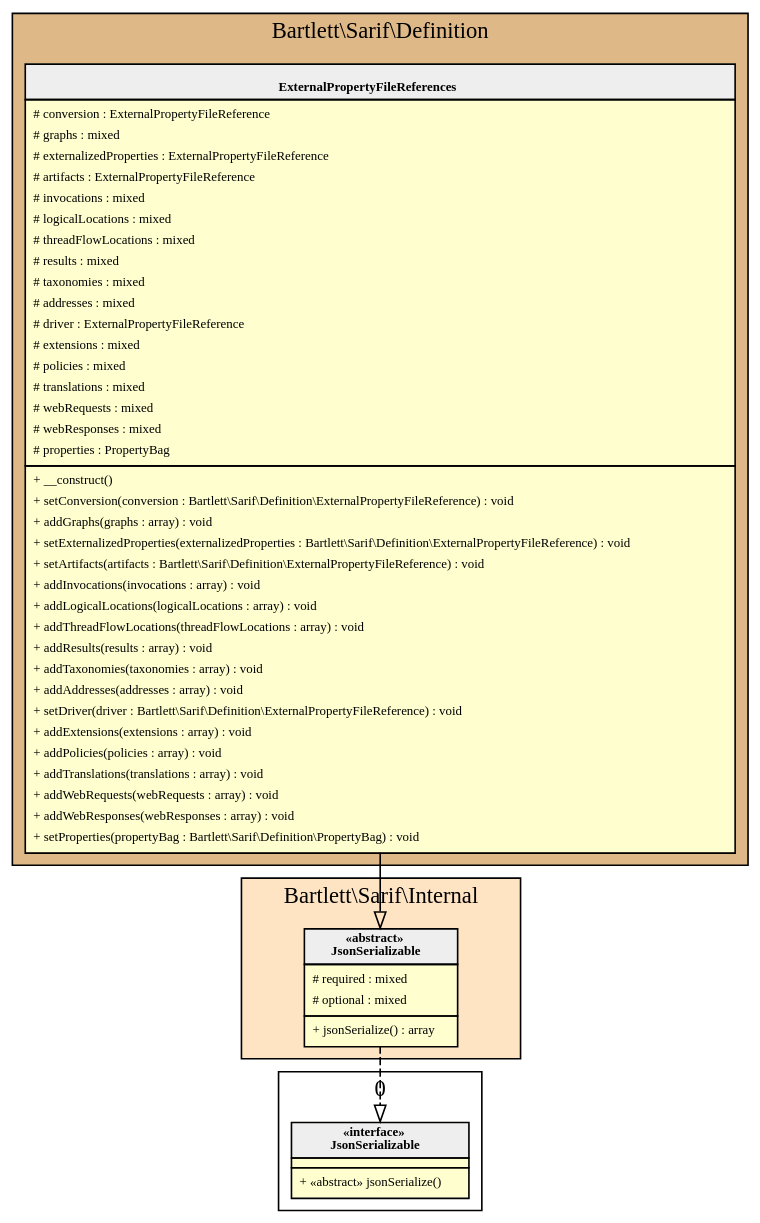
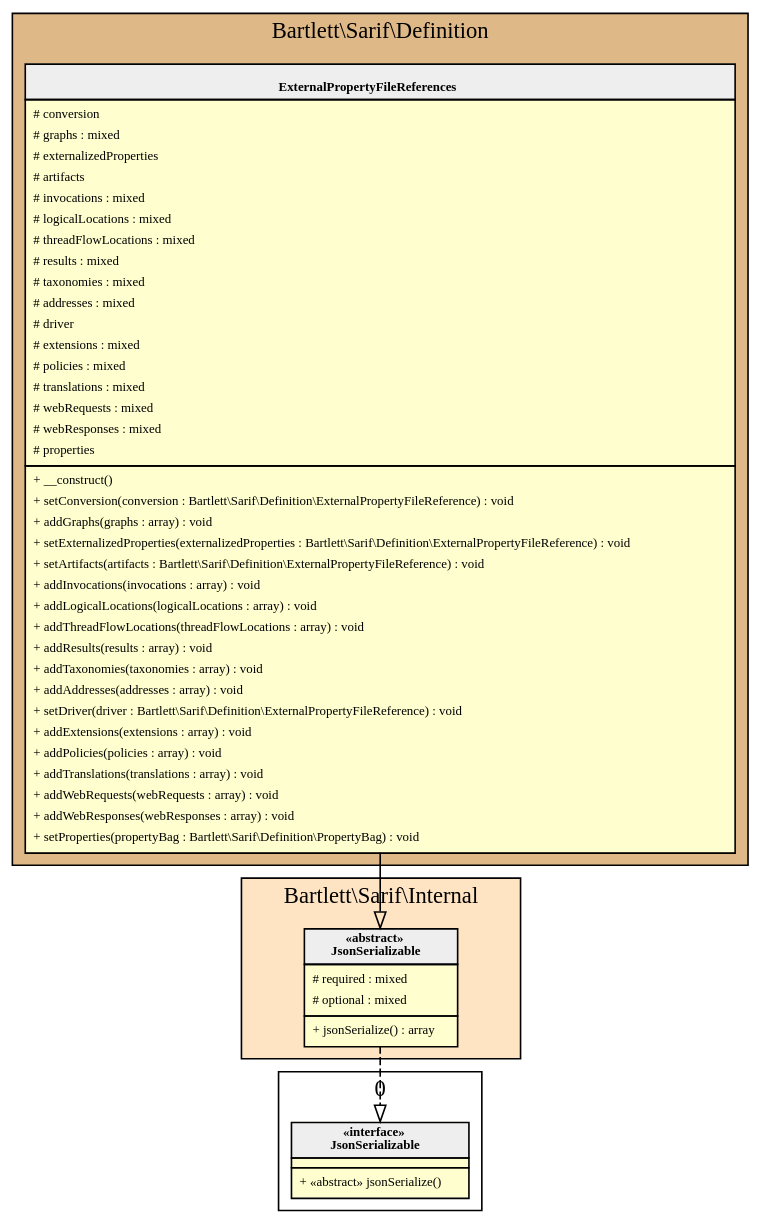
One commit to llaville/sarif-php-sdk changed the diagram in 1.1/assets/images/reference-external-property-file-references.html.gv. Above: the diagram before and after it, drawn with Graphviz. The commit also changed 96 other files, not shown here.

```diff
--- a/1.1/assets/images/reference-external-property-file-references.html.gv
+++ b/1.1/assets/images/reference-external-property-file-references.html.gv
@@ -1,80 +1,80 @@
 digraph {
   graph [name="G" overlap="false" rankdir="TB" bgcolor="transparent"]
   node [fontname="Verdana" fontsize=8 shape="none" margin=0 fillcolor="#FEFECE" style="filled"]
   edge [fontname="Verdana" fontsize=8]
   subgraph cluster_0 {
     graph [bgcolor="BurlyWood"]
     label = "Bartlett\\Sarif\\Definition"
     "Bartlett\\Sarif\\Definition\\ExternalPropertyFileReferences" [shape="none" label=<
 <table cellspacing="0" border="0" cellborder="1">
     <tr><td bgcolor="#eeeeee"><b><br/>ExternalPropertyFileReferences</b></td></tr>
     <tr><td><table border="0" cellspacing="0" cellpadding="2">
-    <tr><td align="left"># conversion : ExternalPropertyFileReference</td></tr>
+    <tr><td align="left"># conversion</td></tr>
     <tr><td align="left"># graphs : mixed</td></tr>
-    <tr><td align="left"># externalizedProperties : ExternalPropertyFileReference</td></tr>
-    <tr><td align="left"># artifacts : ExternalPropertyFileReference</td></tr>
+    <tr><td align="left"># externalizedProperties</td></tr>
+    <tr><td align="left"># artifacts</td></tr>
     <tr><td align="left"># invocations : mixed</td></tr>
     <tr><td align="left"># logicalLocations : mixed</td></tr>
     <tr><td align="left"># threadFlowLocations : mixed</td></tr>
     <tr><td align="left"># results : mixed</td></tr>
     <tr><td align="left"># taxonomies : mixed</td></tr>
     <tr><td align="left"># addresses : mixed</td></tr>
-    <tr><td align="left"># driver : ExternalPropertyFileReference</td></tr>
+    <tr><td align="left"># driver</td></tr>
     <tr><td align="left"># extensions : mixed</td></tr>
     <tr><td align="left"># policies : mixed</td></tr>
     <tr><td align="left"># translations : mixed</td></tr>
     <tr><td align="left"># webRequests : mixed</td></tr>
     <tr><td align="left"># webResponses : mixed</td></tr>
-    <tr><td align="left"># properties : PropertyBag</td></tr>
+    <tr><td align="left"># properties</td></tr>
 </table></td></tr>
     <tr><td><table border="0" cellspacing="0" cellpadding="2">
     <tr><td align="left">+ __construct()</td></tr>
     <tr><td align="left">+ setConversion(conversion : Bartlett\\Sarif\\Definition\\ExternalPropertyFileReference) : void</td></tr>
     <tr><td align="left">+ addGraphs(graphs : array) : void</td></tr>
     <tr><td align="left">+ setExternalizedProperties(externalizedProperties : Bartlett\\Sarif\\Definition\\ExternalPropertyFileReference) : void</td></tr>
     <tr><td align="left">+ setArtifacts(artifacts : Bartlett\\Sarif\\Definition\\ExternalPropertyFileReference) : void</td></tr>
     <tr><td align="left">+ addInvocations(invocations : array) : void</td></tr>
     <tr><td align="left">+ addLogicalLocations(logicalLocations : array) : void</td></tr>
     <tr><td align="left">+ addThreadFlowLocations(threadFlowLocations : array) : void</td></tr>
     <tr><td align="left">+ addResults(results : array) : void</td></tr>
     <tr><td align="left">+ addTaxonomies(taxonomies : array) : void</td></tr>
     <tr><td align="left">+ addAddresses(addresses : array) : void</td></tr>
     <tr><td align="left">+ setDriver(driver : Bartlett\\Sarif\\Definition\\ExternalPropertyFileReference) : void</td></tr>
     <tr><td align="left">+ addExtensions(extensions : array) : void</td></tr>
     <tr><td align="left">+ addPolicies(policies : array) : void</td></tr>
     <tr><td align="left">+ addTranslations(translations : array) : void</td></tr>
     <tr><td align="left">+ addWebRequests(webRequests : array) : void</td></tr>
     <tr><td align="left">+ addWebResponses(webResponses : array) : void</td></tr>
     <tr><td align="left">+ setProperties(propertyBag : Bartlett\\Sarif\\Definition\\PropertyBag) : void</td></tr>
 </table></td></tr>
 </table>>]
   }
   subgraph cluster_1 {
     graph [bgcolor="Bisque"]
     label = "Bartlett\\Sarif\\Internal"
     "Bartlett\\Sarif\\Internal\\JsonSerializable" [shape="none" label=<
 <table cellspacing="0" border="0" cellborder="1">
     <tr><td bgcolor="#eeeeee"><b>«abstract»<br/>JsonSerializable</b></td></tr>
     <tr><td><table border="0" cellspacing="0" cellpadding="2">
     <tr><td align="left"># required : mixed</td></tr>
     <tr><td align="left"># optional : mixed</td></tr>
 </table></td></tr>
     <tr><td><table border="0" cellspacing="0" cellpadding="2">
     <tr><td align="left">+ jsonSerialize() : array</td></tr>
 </table></td></tr>
 </table>>]
   }
   subgraph cluster_2 {
     label = 0
     "JsonSerializable" [shape="none" label=<
 <table cellspacing="0" border="0" cellborder="1">
     <tr><td bgcolor="#eeeeee"><b>«interface»<br/>JsonSerializable</b></td></tr>
     <tr><td></td></tr>
     <tr><td><table border="0" cellspacing="0" cellpadding="2">
     <tr><td align="left">+ «abstract» jsonSerialize()</td></tr>
 </table></td></tr>
 </table>>]
   }
   "Bartlett\\Sarif\\Internal\\JsonSerializable" -> "JsonSerializable" [arrowhead="empty" style="dashed"]
   "Bartlett\\Sarif\\Definition\\ExternalPropertyFileReferences" -> "Bartlett\\Sarif\\Internal\\JsonSerializable" [arrowhead="empty" style="filled"]
 }
```
